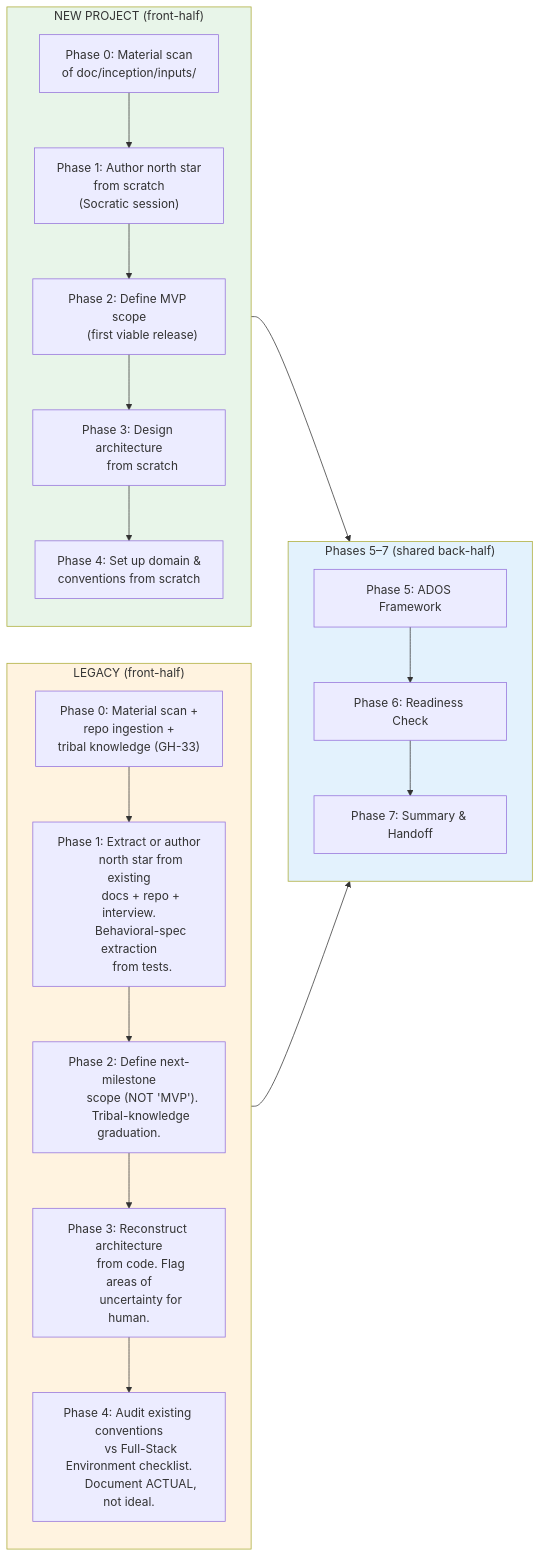
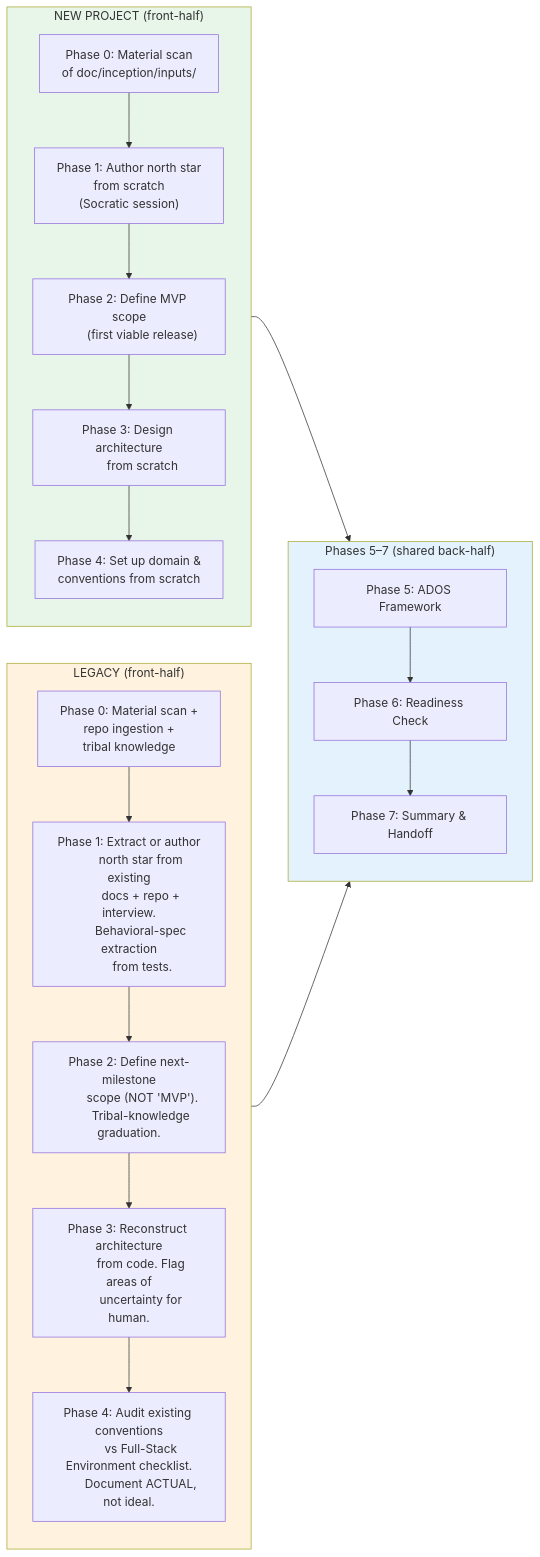
One commit to juliusz-cwiakalski/agentic-delivery-os changed the fourth of 4 diagrams in doc/guides/project-inception.md. Above: the diagram before and after it, drawn with Mermaid. The commit also changed other lines of this file and 14 other files, not shown here.

````diff
--- a/doc/guides/project-inception.md
+++ b/doc/guides/project-inception.md
@@ -665,54 +665,54 @@
 ```mermaid
 flowchart LR
     subgraph Shared["Phases 5–7 (shared back-half)"]
         S5["Phase 5: ADOS Framework"]
         S6["Phase 6: Readiness Check"]
         S7["Phase 7: Summary & Handoff"]
         S5 --> S6 --> S7
     end
 
     subgraph NewProject["NEW PROJECT (front-half)"]
         direction TB
         N0["Phase 0: Material scan
         of doc/inception/inputs/"]
         N1["Phase 1: Author north star
         from scratch
         (Socratic session)"]
         N2["Phase 2: Define MVP scope
         (first viable release)"]
         N3["Phase 3: Design architecture
         from scratch"]
         N4["Phase 4: Set up domain &
         conventions from scratch"]
         N0 --> N1 --> N2 --> N3 --> N4
     end
 
     subgraph Legacy["LEGACY (front-half)"]
         direction TB
         L0["Phase 0: Material scan +
         repo ingestion +
-        tribal knowledge (GH-33)"]
+        tribal knowledge"]
         L1["Phase 1: Extract or author
         north star from existing
         docs + repo + interview.
         Behavioral-spec extraction
         from tests."]
         L2["Phase 2: Define next-milestone
         scope (NOT 'MVP').
         Tribal-knowledge graduation."]
         L3["Phase 3: Reconstruct architecture
         from code. Flag areas of
         uncertainty for human."]
         L4["Phase 4: Audit existing conventions
         vs Full-Stack Environment checklist.
         Document ACTUAL, not ideal."]
         L0 --> L1 --> L2 --> L3 --> L4
     end
 
     NewProject --> Shared
     Legacy --> Shared
 
     style NewProject fill:#E8F5E9
     style Legacy fill:#FFF3E0
     style Shared fill:#E3F2FD
 ```
````
